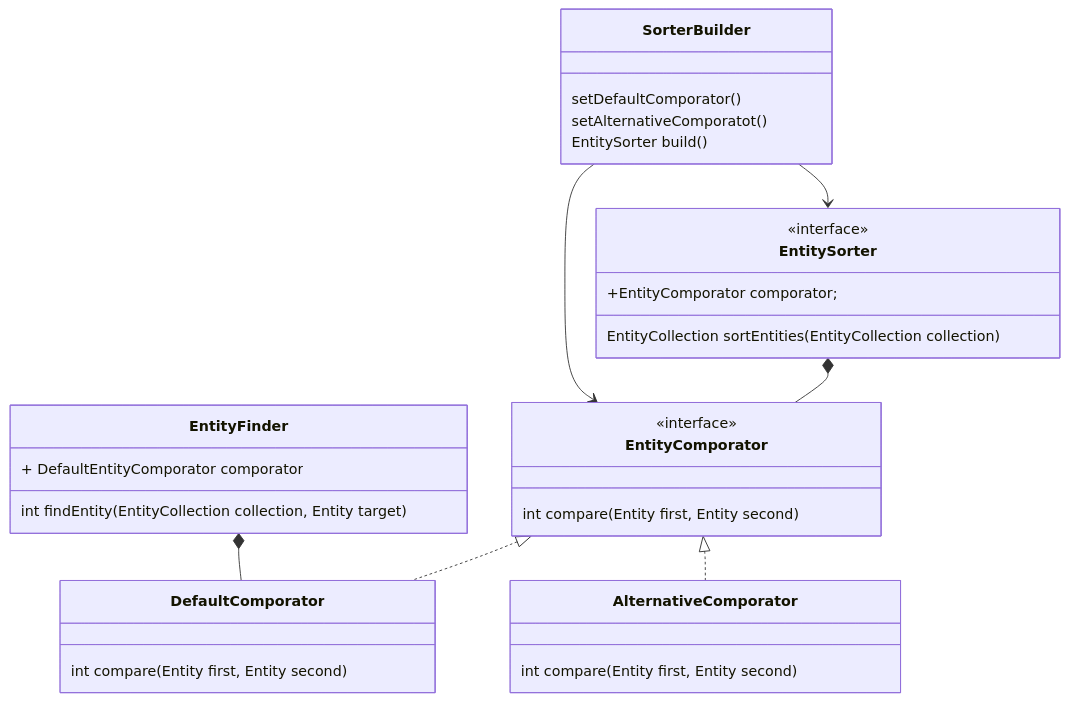
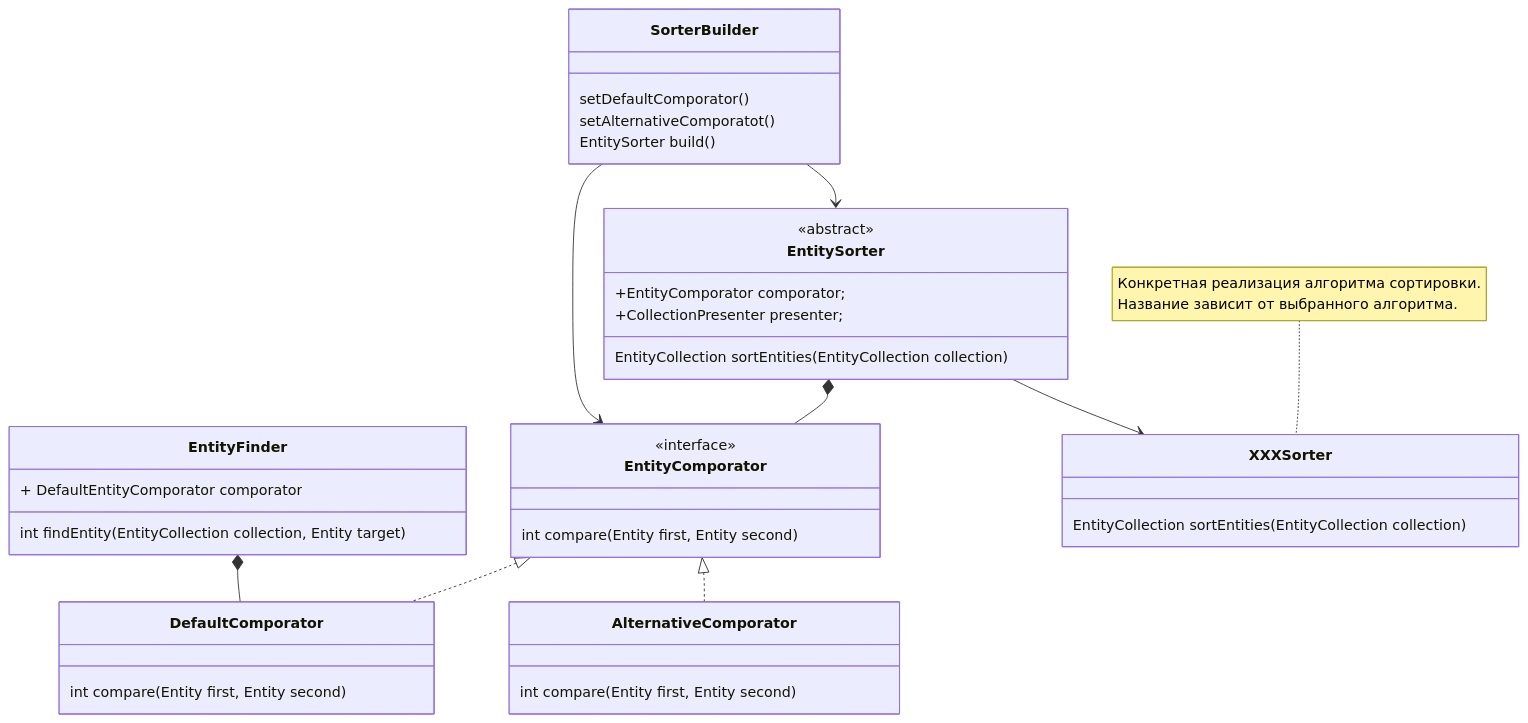
The fourth of 6 diagrams in README.md (ColAshN65/FirstTeamProject), drawn with Mermaid before and after one commit. The commit also changed other lines of this file, not shown here.

Commit message:
Readme relations corrections

````diff
--- a/README.md
+++ b/README.md
@@ -102,41 +102,50 @@
 ```mermaid
 classDiagram
 
   EntityComporator <|.. DefaultComporator
   EntityComporator <|.. AlternativeComporator
   EntitySorter *-- EntityComporator
   EntityFinder *-- DefaultComporator
   SorterBuilder --> EntityComporator
   SorterBuilder --> EntitySorter
+  EntitySorter --> XXXSorter
 
   class EntityFinder{
     + DefaultEntityComporator comporator
 
     int findEntity(EntityCollection collection, Entity target)
 
   }
 
   class EntitySorter{
-    <<interface>>
+    <<abstract>>
     +EntityComporator сomporator;
+    +CollectionPresenter presenter;
 
+    EntityCollection sortEntities(EntityCollection collection)
+  }
+
+
+  note for XXXSorter "Конкретная реализация алгоритма сортировки.
+  Название зависит от выбранного алгоритма."
+  class XXXSorter{
     EntityCollection sortEntities(EntityCollection collection)
   }
 
   class SorterBuilder{
     setDefaultComporator()
     setAlternativeComporatot()
     EntitySorter build()
   }
 
   class EntityComporator{
     <<interface>>
     int compare(Entity first, Entity second)
   }
   class DefaultComporator{
     int compare(Entity first, Entity second)
   }
   class AlternativeComporator{
     int compare(Entity first, Entity second)
   }
 ```
````
